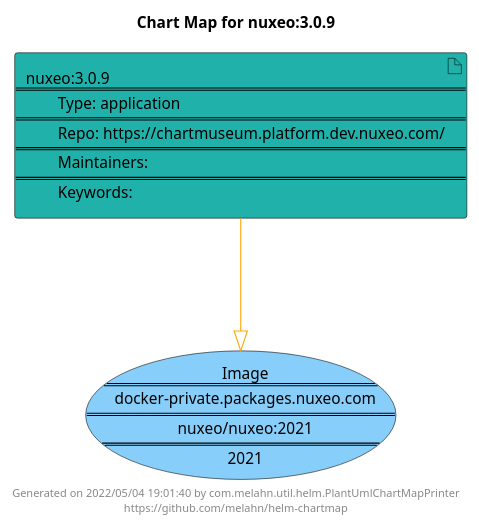
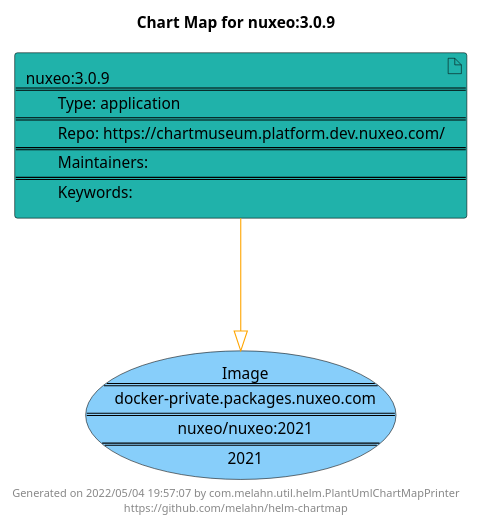
The diagram in docs/nuxeo/nuxeo-3.0.9.puml (melahn/helm-chartmap), drawn with PlantUML before and after one commit. The commit also changed 56 other files, not shown here.

Commit message:
Update Example Chart Maps as part of GitHub build

```diff
--- a/docs/nuxeo/nuxeo-3.0.9.puml
+++ b/docs/nuxeo/nuxeo-3.0.9.puml
@@ -1,21 +1,21 @@
 @startuml
 skinparam linetype ortho
 skinparam backgroundColor white
 skinparam usecaseBorderColor black
 skinparam usecaseArrowColor LightSlateGray
 skinparam artifactBorderColor black
 skinparam artifactArrowColor LightSlateGray
 
 title Chart Map for nuxeo:3.0.9
 
 'There is one referenced Helm Chart
 artifact "nuxeo:3.0.9\n====\n\tType: application\n====\n\tRepo: https://chartmuseum.platform.dev.nuxeo.com/\n====\n\tMaintainers: \n====\n\tKeywords: " as nuxeo_3_0_9 #LightSeaGreen
 
 'There is one referenced Docker Image
 usecase "Image\n====\ndocker-private.packages.nuxeo.com\n====\nnuxeo/nuxeo:2021\n====\n2021" as docker_private_packages_nuxeo_com_nuxeo_nuxeo_2021 #LightSkyBlue
 
 'Chart Dependencies
 nuxeo_3_0_9--[#orange]-|>docker_private_packages_nuxeo_com_nuxeo_nuxeo_2021
 
-center footer Generated on 2022/05/04 19:01:40 by com.melahn.util.helm.PlantUmlChartMapPrinter\nhttps://github.com/melahn/helm-chartmap
+center footer Generated on 2022/05/04 19:57:07 by com.melahn.util.helm.PlantUmlChartMapPrinter\nhttps://github.com/melahn/helm-chartmap
 @enduml
```
